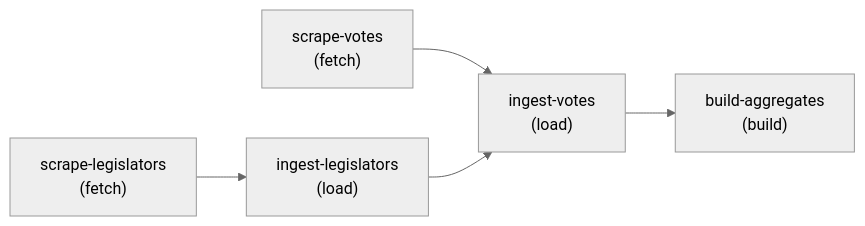
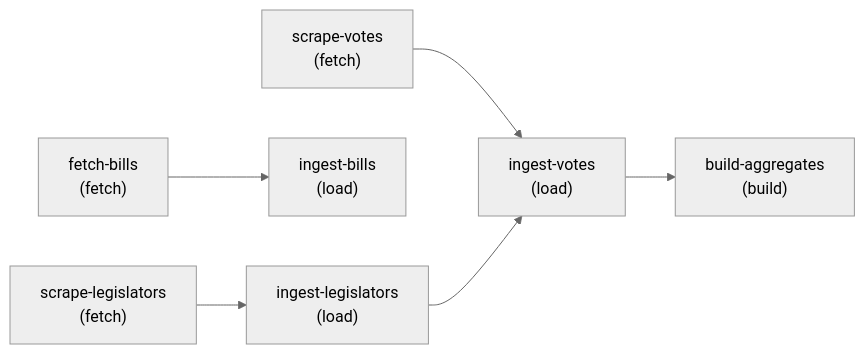
Before and after one commit to govql/govql: the diagram in us-congress/PIPELINE.md, drawn with Mermaid (neutral theme). The commit also changed other lines of this file and 19 other files, not shown here.

First line of the commit message:
feat(us-congress): bills connector core — raw_payloads, Congress.gov fetch/load, connector contract

````diff
--- a/us-congress/PIPELINE.md
+++ b/us-congress/PIPELINE.md
@@ -10,12 +10,15 @@
 ```mermaid
 graph LR
   scrape-votes["scrape-votes<br/>(fetch)"]
   ingest-votes["ingest-votes<br/>(load)"]
   build-aggregates["build-aggregates<br/>(build)"]
+  fetch-bills["fetch-bills<br/>(fetch)"]
+  ingest-bills["ingest-bills<br/>(load)"]
   scrape-legislators["scrape-legislators<br/>(fetch)"]
   ingest-legislators["ingest-legislators<br/>(load)"]
   scrape-votes --> ingest-votes
   ingest-legislators --> ingest-votes
   ingest-votes --> build-aggregates
+  fetch-bills --> ingest-bills
   scrape-legislators --> ingest-legislators
 ```
````
